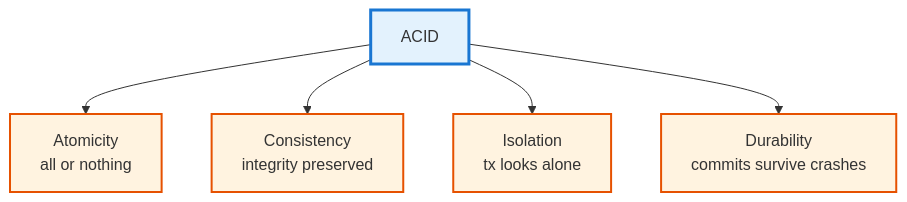
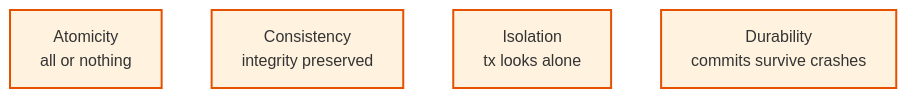
The fourth of 9 diagrams in lecture-outlines/day35-transactions-acid/slides.md (ufdatastudio/cop5725fa26), drawn with Mermaid before and after one commit. The commit also changed other lines of this file and 50 other files, not shown here.

````diff
--- a/lecture-outlines/day35-transactions-acid/slides.md
+++ b/lecture-outlines/day35-transactions-acid/slides.md
@@ -168,16 +168,9 @@
 ```mermaid
 graph TB
-  ACID["ACID"]
   A["Atomicity<br/>all or nothing"]
   C["Consistency<br/>integrity preserved"]
   I["Isolation<br/>tx looks alone"]
   D["Durability<br/>commits survive crashes"]
-  ACID --> A
-  ACID --> C
-  ACID --> I
-  ACID --> D
-  classDef root fill:#e3f2fd,stroke:#1976d2,stroke-width:3px
   classDef letter fill:#fff3e0,stroke:#e65100,stroke-width:2px
-  class ACID root
   class A,C,I,D letter
 ```
````
